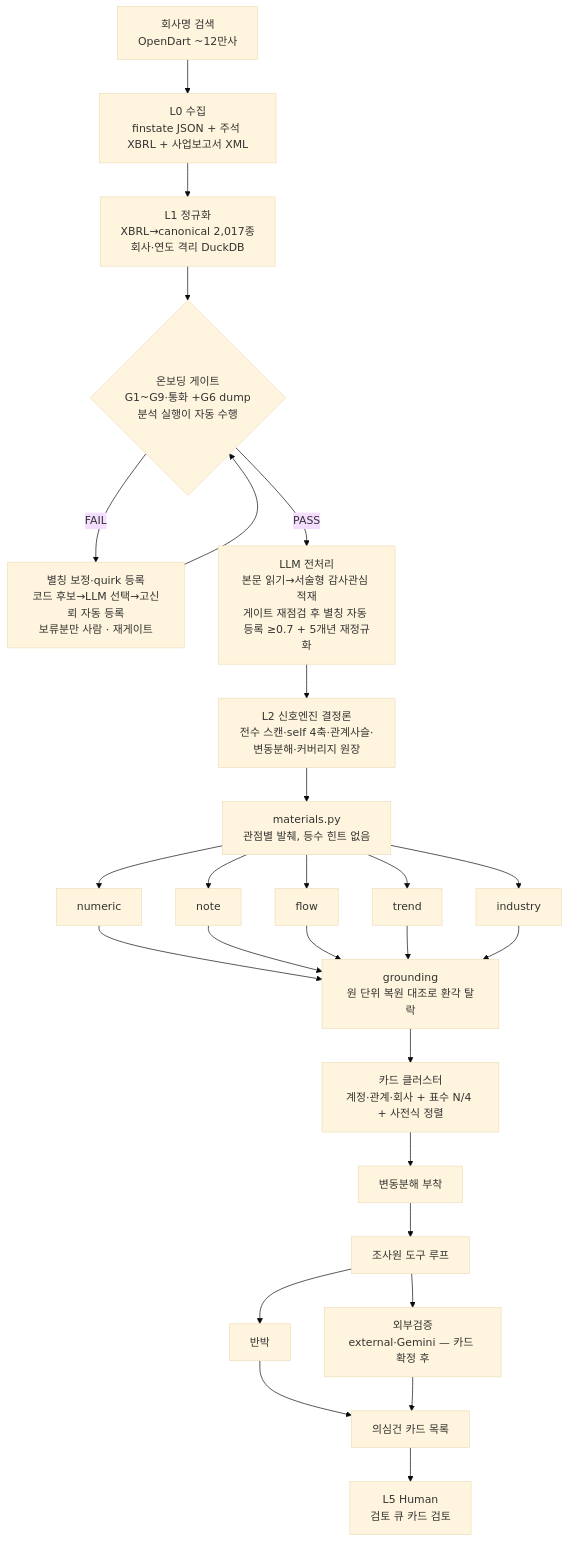
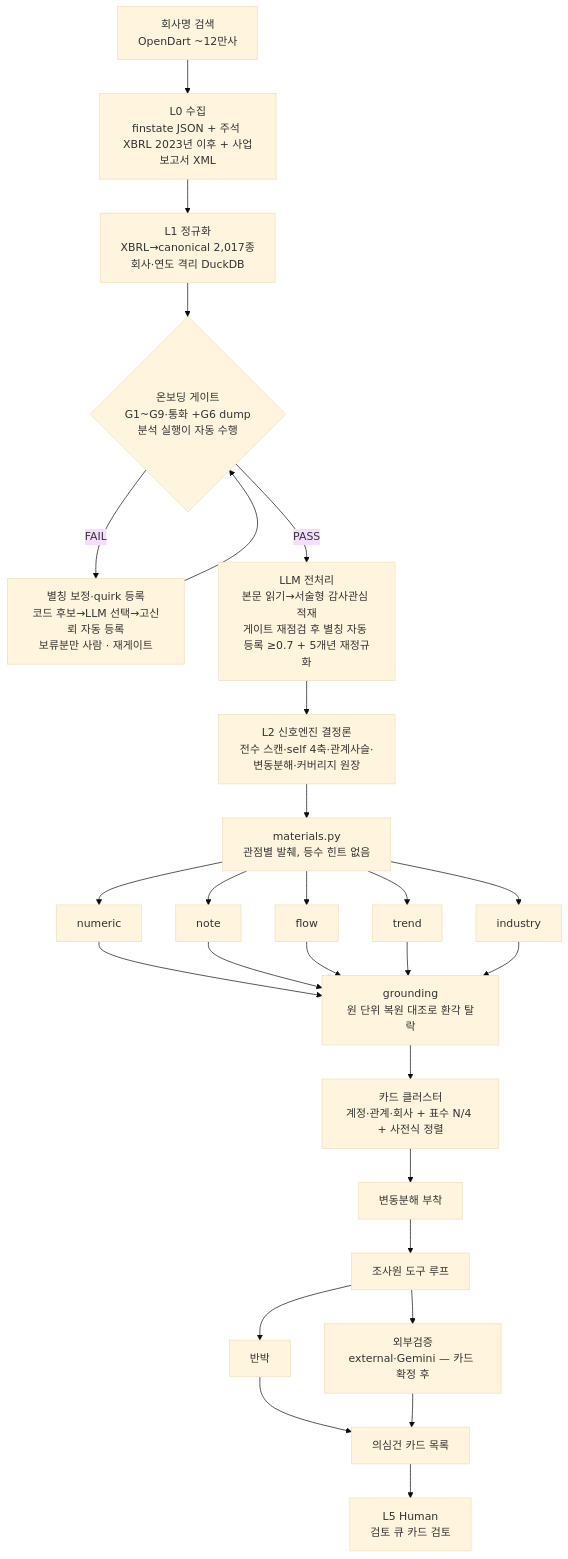
Before and after one commit to ghdtjrgns321-creator/fs-multi-analyzer: the diagram in FINAL-REPORT/2_PIPELINE.md, drawn with Mermaid (base theme). The commit also changed other lines of this file and 8 other files, not shown here.

````diff
--- a/FINAL-REPORT/2_PIPELINE.md
+++ b/FINAL-REPORT/2_PIPELINE.md
@@ -5,24 +5,24 @@
 ```mermaid
 flowchart TD
-    A[회사명 검색<br/>OpenDart ~12만사] --> B[L0 수집<br/>finstate JSON + 주석 XBRL + 사업보고서 XML]
+    A[회사명 검색<br/>OpenDart ~12만사] --> B[L0 수집<br/>finstate JSON + 주석 XBRL 2023년 이후 + 사업보고서 XML]
     B --> C[L1 정규화<br/>XBRL→canonical 2,017종<br/>회사·연도 격리 DuckDB]
     C --> G{온보딩 게이트<br/>G1~G9·통화 +G6 dump<br/>분석 실행이 자동 수행}
     G -->|FAIL| Q[별칭 보정·quirk 등록<br/>코드 후보→LLM 선택→고신뢰 자동 등록<br/>보류분만 사람 · 재게이트]
     Q --> G
     G -->|PASS| OB[LLM 전처리<br/>본문 읽기→서술형 감사관심 적재<br/>게이트 재점검 후 별칭 자동 등록 ≥0.7 + 5개년 재정규화]
     OB --> S[L2 신호엔진 결정론<br/>전수 스캔·self 4축·관계사슬·변동분해·커버리지 원장]
     S --> M[materials.py<br/>관점별 발췌, 등수 힌트 없음]
     M --> P1[numeric]
     M --> P2[note]
     M --> P3[flow]
     M --> P4[trend]
     M --> P5[industry]
     P1 & P2 & P3 & P4 & P5 --> GR[grounding<br/>원 단위 복원 대조로 환각 탈락]
     GR --> CB[카드 클러스터<br/>계정·관계·회사 + 표수 N/4 + 사전식 정렬]
     CB --> DEC[변동분해 부착]
     DEC --> INV[조사원 도구 루프]
     INV --> RB[반박]
     INV --> EV[외부검증<br/>external·Gemini — 카드 확정 후]
     RB & EV --> CARD[의심건 카드 목록]
     CARD --> H[L5 Human<br/>검토 큐 카드 검토]
 ```
````
